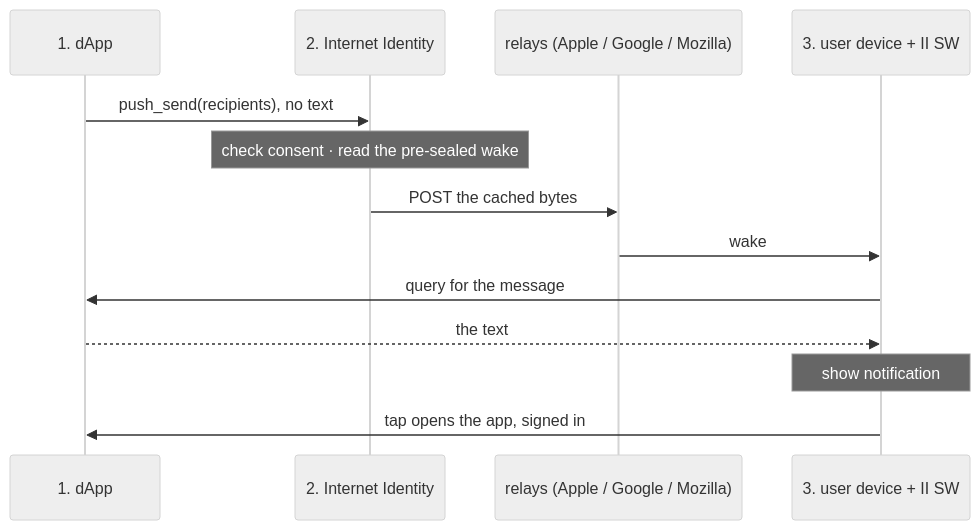
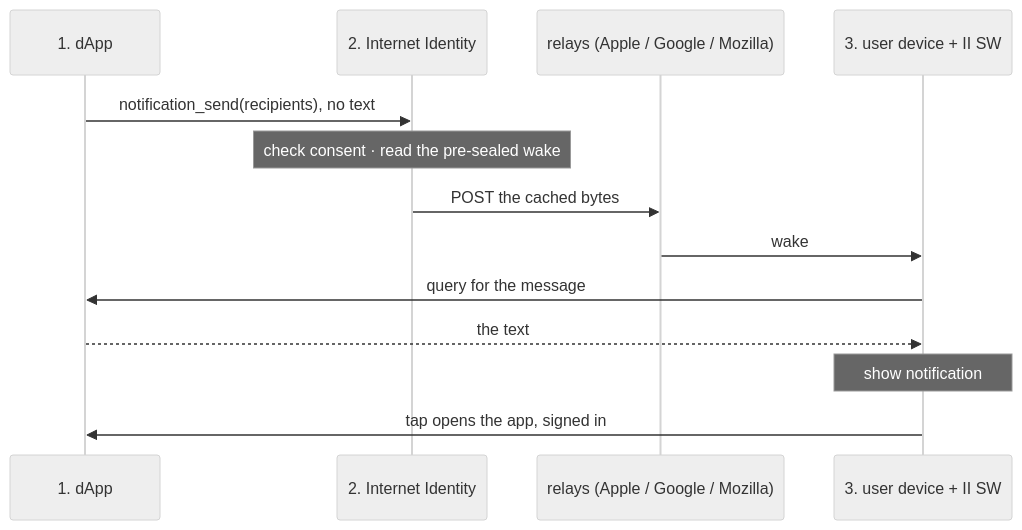
One commit to dfinity/internet-identity changed the first of 3 diagrams in docs/push-notifications-ddoc.md. Above: the diagram before and after it, drawn with Mermaid (neutral theme). The commit also changed other lines of this file and 2 other files, not shown here.

Commit message:
docs(be,fe): add the notification candid to II and the dApp-side interface

````diff
--- a/docs/push-notifications-ddoc.md
+++ b/docs/push-notifications-ddoc.md
@@ -26,16 +26,16 @@
 ```mermaid
 sequenceDiagram
     participant D as 1. dApp
     participant II as 2. Internet Identity
     participant R as relays (Apple / Google / Mozilla)
     participant Dev as 3. user device + II SW
 
-    D->>II: push_send(recipients), no text
+    D->>II: notification_send(recipients), no text
     Note over II: check consent · read the pre-sealed wake
     II->>R: POST the cached bytes
     R->>Dev: wake
     Dev->>D: query for the message
     D-->>Dev: the text
     Note over Dev: show notification
     Dev->>D: tap opens the app, signed in
 ```
````
